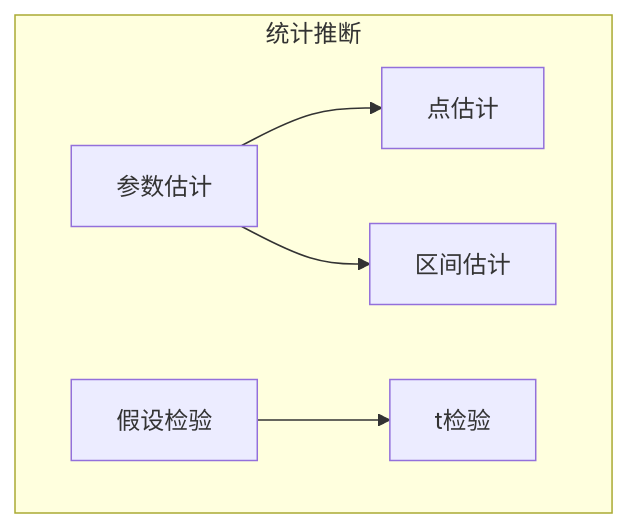
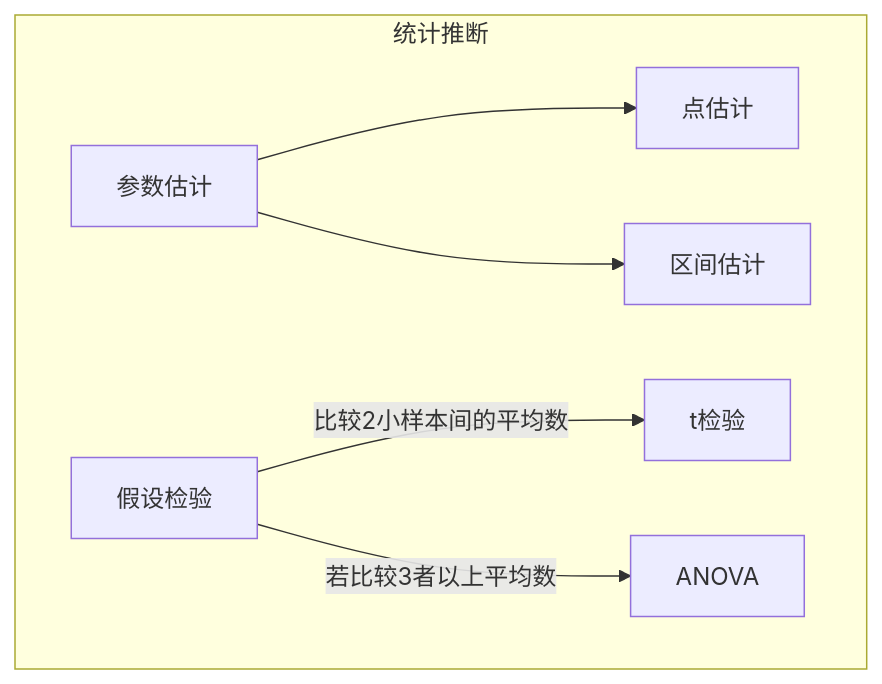
Before and after one commit to introvert24312/somehow: the second of 2 diagrams in source/_posts/Mind map of health statistics.md, drawn with Mermaid. The commit also changed 2 other files, not shown here.

Commit message:
下包前

````diff
--- a/source/_posts/Mind map of health statistics.md
+++ b/source/_posts/Mind map of health statistics.md
@@ -30,13 +30,14 @@
 ```mermaid
 graph TD;
 subgraph 统计推断
 1[参数估计]-->1a[点估计]
 1-->1b[区间估计]
-2[假设检验]-->2a[t检验]
+2[假设检验]-->|比较2小样本间的平均数|2a[t检验]
+2[假设检验]-->|若比较3者以上平均数|2b[ANOVA]
 end
 click 1a "https://ysz.asia/2024/10/10/interval%20estimation/"
 click 1b "https://ysz.asia/2024/10/10/interval%20estimation/"
 click 2 "https://ysz.asia/2024/04/04/hypothesis%20testing/"
-
+click 2a "https://ysz.asia/2024/04/05/t%20testing/"
 
 ```
````
